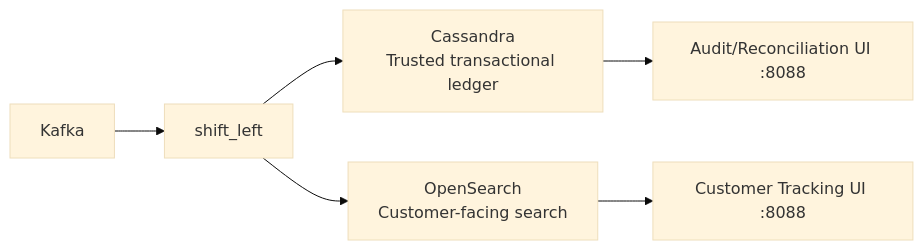
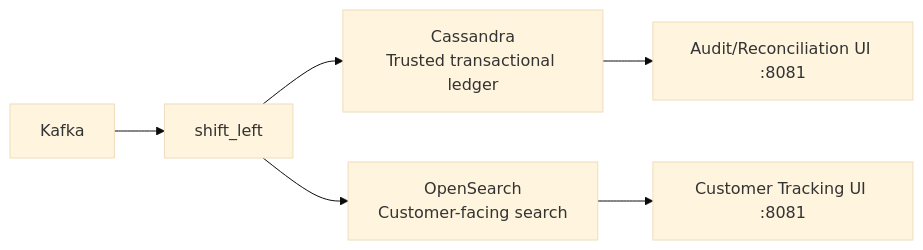
The diagram in 03-realtime-operations/README.md (michelderu/wxd-globalparcel-demo), drawn with Mermaid (base theme) before and after one commit. The commit also changed other lines of this file and 18 other files, not shown here.

````diff
--- a/03-realtime-operations/README.md
+++ b/03-realtime-operations/README.md
@@ -40,8 +42,8 @@
 ```mermaid
 flowchart LR
     Kafka[Kafka] --> T[shift_left]
     T --> B[Cassandra<br/>Trusted transactional ledger]
     T --> C[OpenSearch<br/>Customer-facing search]
-    C --> E[Customer Tracking UI :8088]
-    B --> G[Audit/Reconciliation UI :8088]
+    C --> E[Customer Tracking UI :8081]
+    B --> G[Audit/Reconciliation UI :8081]
 ```
````
